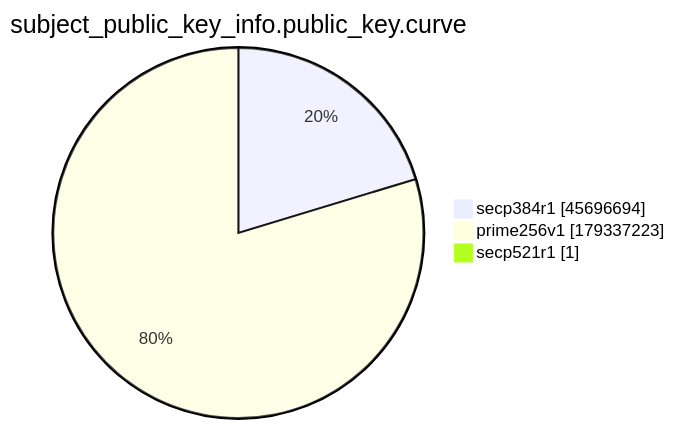
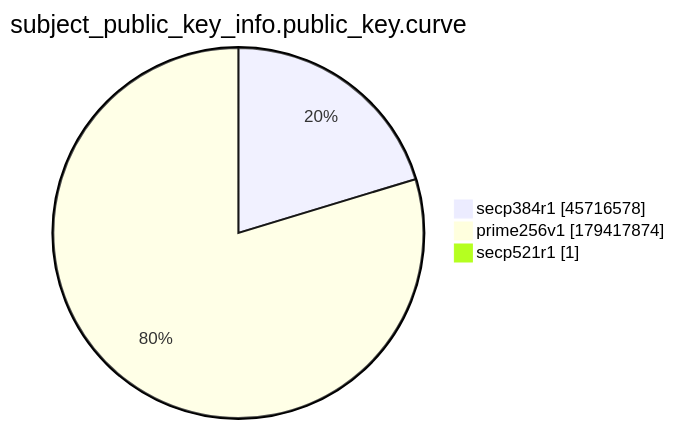
Before and after one commit to christiankrug/ctmonitor_visualization: the ninth of 15 diagrams in xenon2022/README.md, drawn with Mermaid. The commit also changed other lines of this file, not shown here.

````diff
--- a/xenon2022/README.md
+++ b/xenon2022/README.md
@@ -2873,7 +2873,7 @@
 ```mermaid
 pie showData
 title subject_public_key_info.public_key.curve
-"secp384r1" :45696694
-"prime256v1" :179337223
+"secp384r1" :45716578
+"prime256v1" :179417874
 "secp521r1" :1
 ```
````
